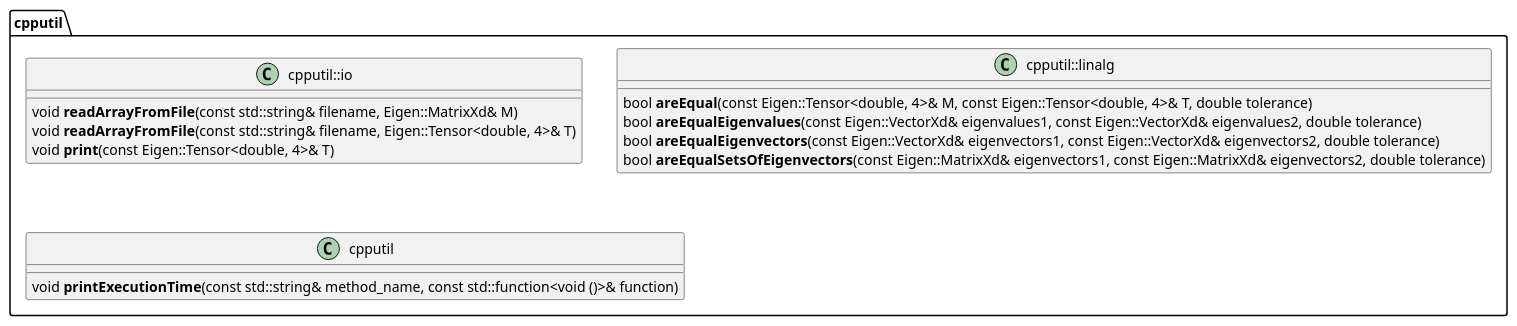
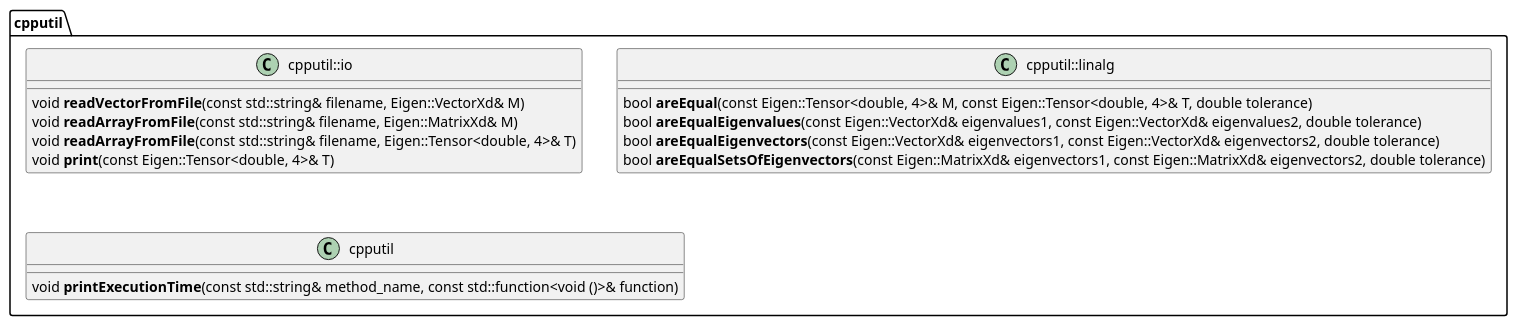
Before and after one commit to matt-chan/cpputil: the diagram in docs/cpputil.puml, drawn with PlantUML. The commit also changed 4 other files, not shown here.

Commit message:
Add readVectorFromFile.

```diff
--- a/docs/cpputil.puml
+++ b/docs/cpputil.puml
@@ -1,25 +1,26 @@
 @startuml
 
 
 namespace cpputil {
 
     class cpputil::io {
+        void **readVectorFromFile**(const std::string& filename, Eigen::VectorXd& M)
         void **readArrayFromFile**(const std::string& filename, Eigen::MatrixXd& M)
         void **readArrayFromFile**(const std::string& filename, Eigen::Tensor<double, 4>& T)
         void **print**(const Eigen::Tensor<double, 4>& T)
     }
 
     class cpputil::linalg {
         bool **areEqual**(const Eigen::Tensor<double, 4>& M, const Eigen::Tensor<double, 4>& T, double tolerance)
         bool **areEqualEigenvalues**(const Eigen::VectorXd& eigenvalues1, const Eigen::VectorXd& eigenvalues2, double tolerance)
         bool **areEqualEigenvectors**(const Eigen::VectorXd& eigenvectors1, const Eigen::VectorXd& eigenvectors2, double tolerance)
         bool **areEqualSetsOfEigenvectors**(const Eigen::MatrixXd& eigenvectors1, const Eigen::MatrixXd& eigenvectors2, double tolerance)
     }
 
     class cpputil {
         void **printExecutionTime**(const std::string& method_name, const std::function<void ()>& function)
     }
 
 }
 
 @enduml
```
